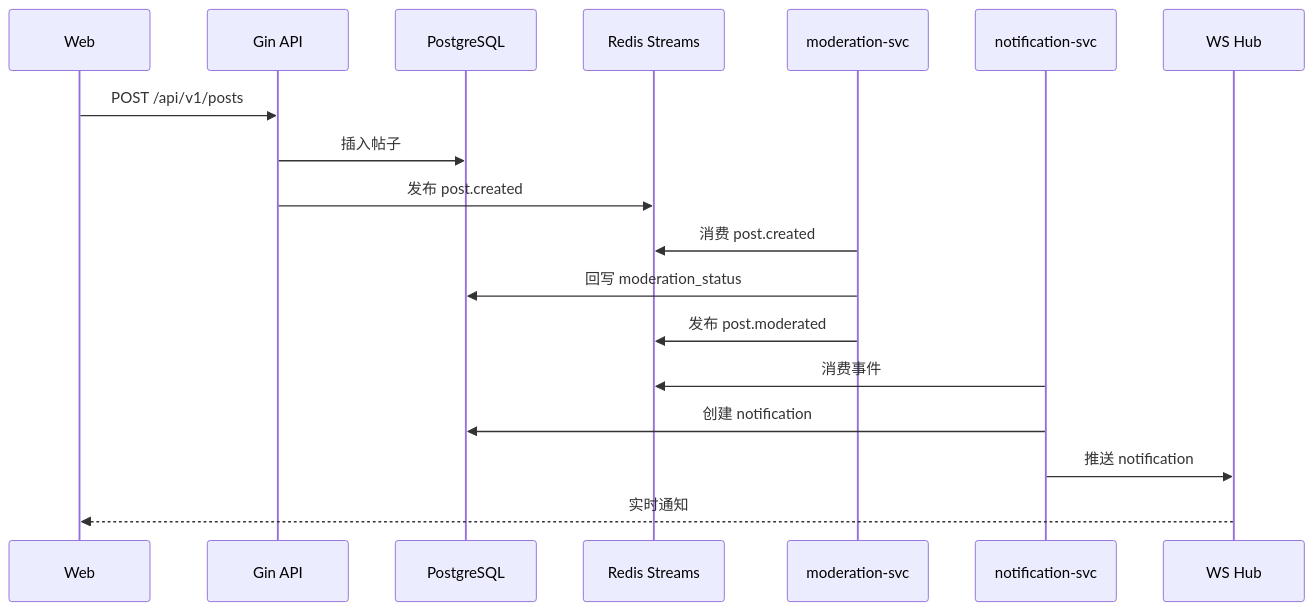
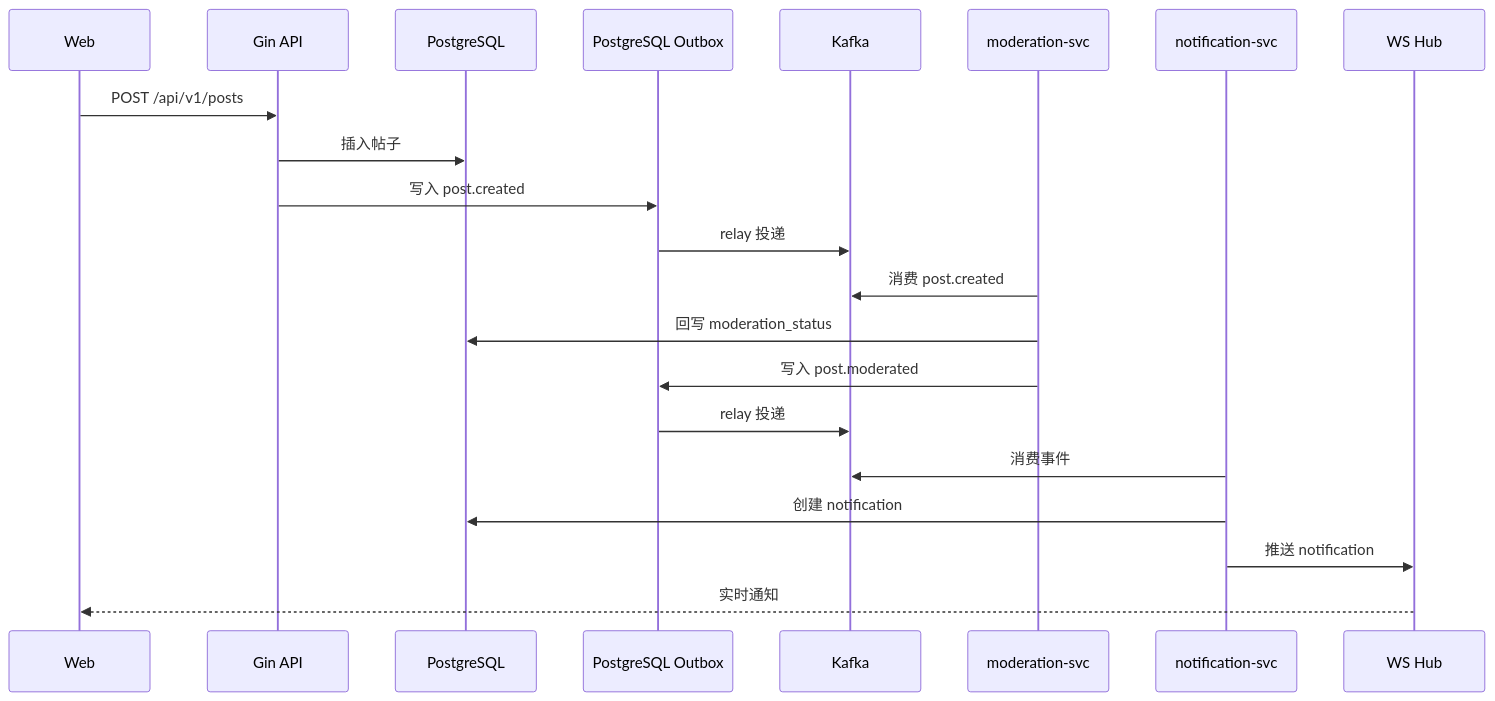
The third of 4 diagrams in docs/ARCHITECTURE.md (dragonchengxyl/go-web), drawn with Mermaid before and after one commit. The commit also changed other lines of this file and 27 other files, not shown here.

First line of the commit message:
feat: 将业务事件总线默认切换为 Kafka + Outbox

````diff
--- a/docs/ARCHITECTURE.md
+++ b/docs/ARCHITECTURE.md
@@ -182,21 +184,24 @@
 ```mermaid
 sequenceDiagram
     participant Web as Web
     participant API as Gin API
     participant PG as PostgreSQL
-    participant Stream as Redis Streams
+    participant Outbox as PostgreSQL Outbox
+    participant Kafka as Kafka
     participant Mod as moderation-svc
     participant Notify as notification-svc
     participant WS as WS Hub
 
     Web->>API: POST /api/v1/posts
     API->>PG: 插入帖子
-    API->>Stream: 发布 post.created
-    Mod->>Stream: 消费 post.created
+    API->>Outbox: 写入 post.created
+    Outbox->>Kafka: relay 投递
+    Mod->>Kafka: 消费 post.created
     Mod->>PG: 回写 moderation_status
-    Mod->>Stream: 发布 post.moderated
-    Notify->>Stream: 消费事件
+    Mod->>Outbox: 写入 post.moderated
+    Outbox->>Kafka: relay 投递
+    Notify->>Kafka: 消费事件
     Notify->>PG: 创建 notification
     Notify->>WS: 推送 notification
     WS-->>Web: 实时通知
 ```
````
